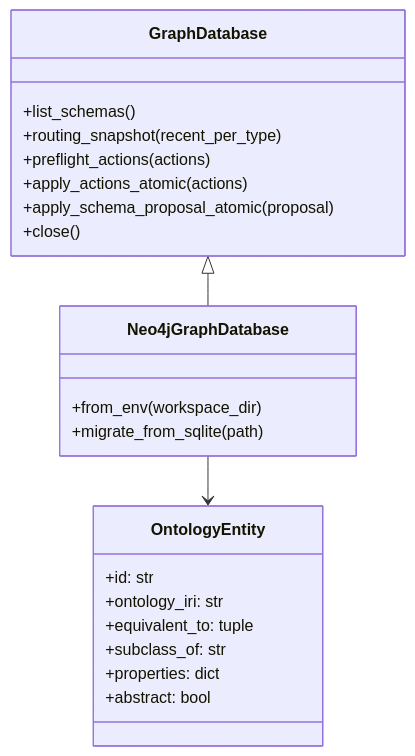
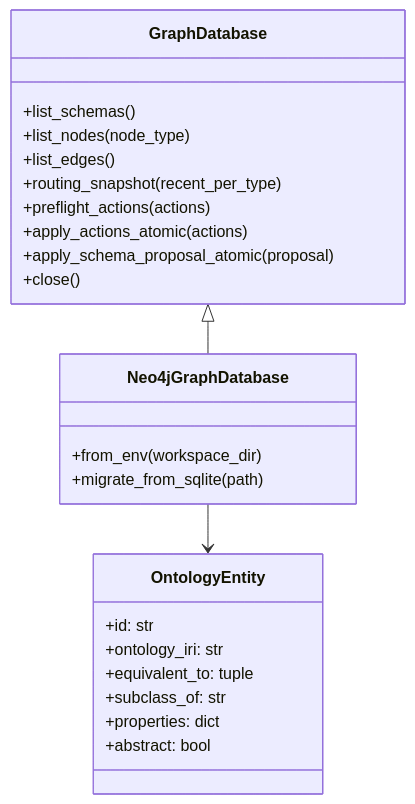
Before and after one commit to BillShiyaoZhang/ambient-agent: the eighth of 9 diagrams in docs/architecture/uml.md, drawn with Mermaid. The commit also changed other lines of this file and 45 other files, not shown here.

````diff
--- a/docs/architecture/uml.md
+++ b/docs/architecture/uml.md
@@ -222,26 +222,28 @@
 ```mermaid
 classDiagram
     class GraphDatabase {
         +list_schemas()
+        +list_nodes(node_type)
+        +list_edges()
         +routing_snapshot(recent_per_type)
         +preflight_actions(actions)
         +apply_actions_atomic(actions)
         +apply_schema_proposal_atomic(proposal)
         +close()
     }
     class Neo4jGraphDatabase {
         +from_env(workspace_dir)
         +migrate_from_sqlite(path)
     }
     class OntologyEntity {
         +id: str
         +ontology_iri: str
         +equivalent_to: tuple
         +subclass_of: str
         +properties: dict
         +abstract: bool
     }
 
     GraphDatabase <|-- Neo4jGraphDatabase
     Neo4jGraphDatabase --> OntologyEntity
 ```
````
